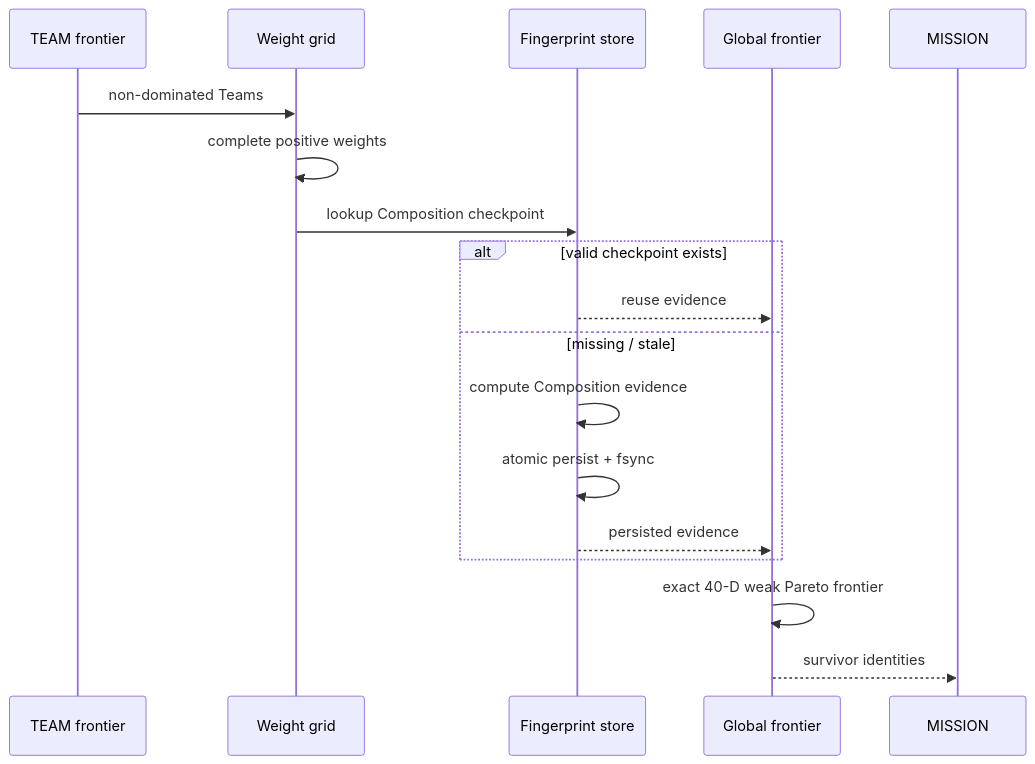
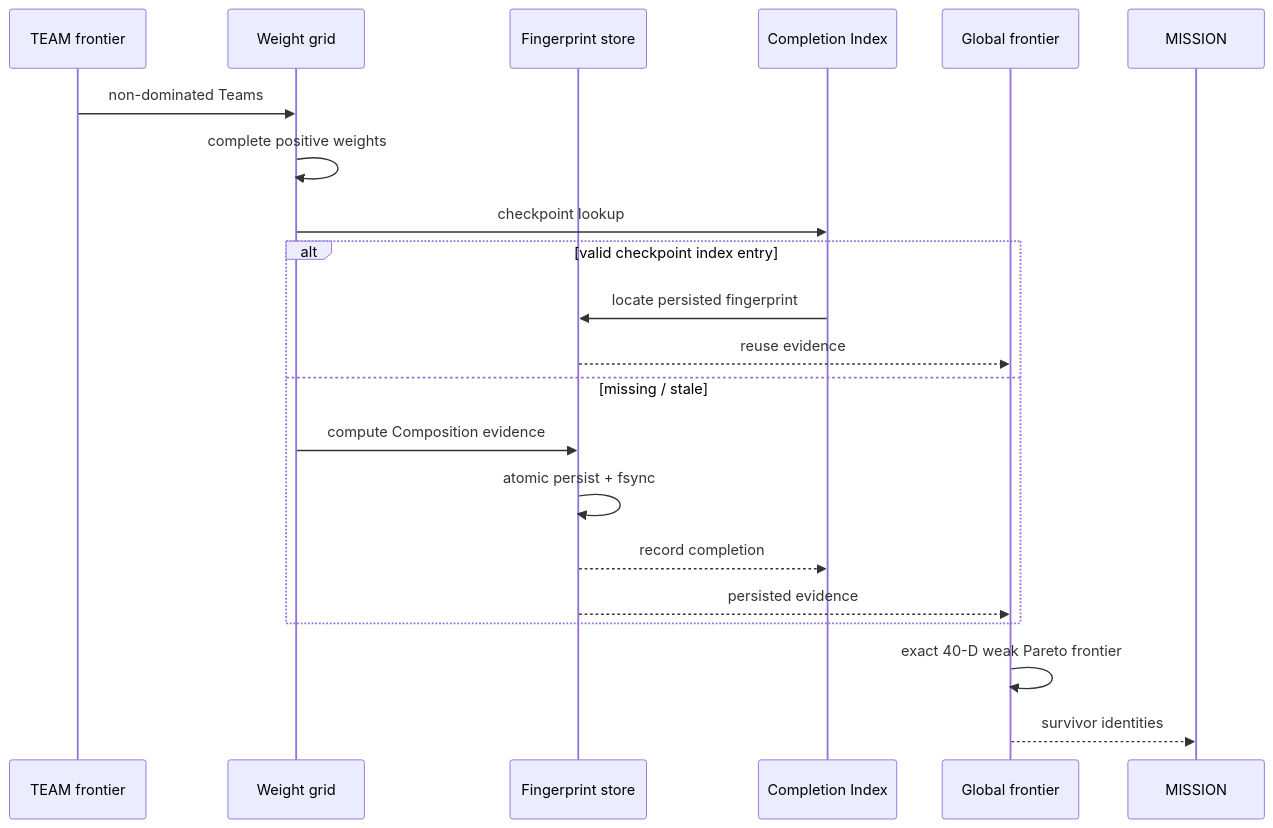
Before and after one commit to rrajeshkannan/lakshya: the sixth of 13 diagrams in docs/Lakshya_Pipeline_Sequence.md, drawn with Mermaid. The commit also changed other lines of this file, not shown here.

Commit message:
Align pipeline sequence with LPS LFS LTS

````diff
--- a/docs/Lakshya_Pipeline_Sequence.md
+++ b/docs/Lakshya_Pipeline_Sequence.md
@@ -216,21 +300,24 @@
 ```mermaid
 sequenceDiagram
     participant TEAM as TEAM frontier
     participant Grid as Weight grid
     participant Store as Fingerprint store
+    participant Index as Completion Index
     participant Global as Global frontier
     participant MISSION as MISSION
 
     TEAM->>Grid: non-dominated Teams
     Grid->>Grid: complete positive weights
-    Grid->>Store: lookup Composition checkpoint
-    alt valid checkpoint exists
+    Grid->>Index: checkpoint lookup
+    alt valid checkpoint index entry
+        Index->>Store: locate persisted fingerprint
         Store-->>Global: reuse evidence
     else missing / stale
-        Store->>Store: compute Composition evidence
+        Grid->>Store: compute Composition evidence
         Store->>Store: atomic persist + fsync
+        Store-->>Index: record completion
         Store-->>Global: persisted evidence
     end
     Global->>Global: exact 40-D weak Pareto frontier
     Global-->>MISSION: survivor identities
 ```
````
